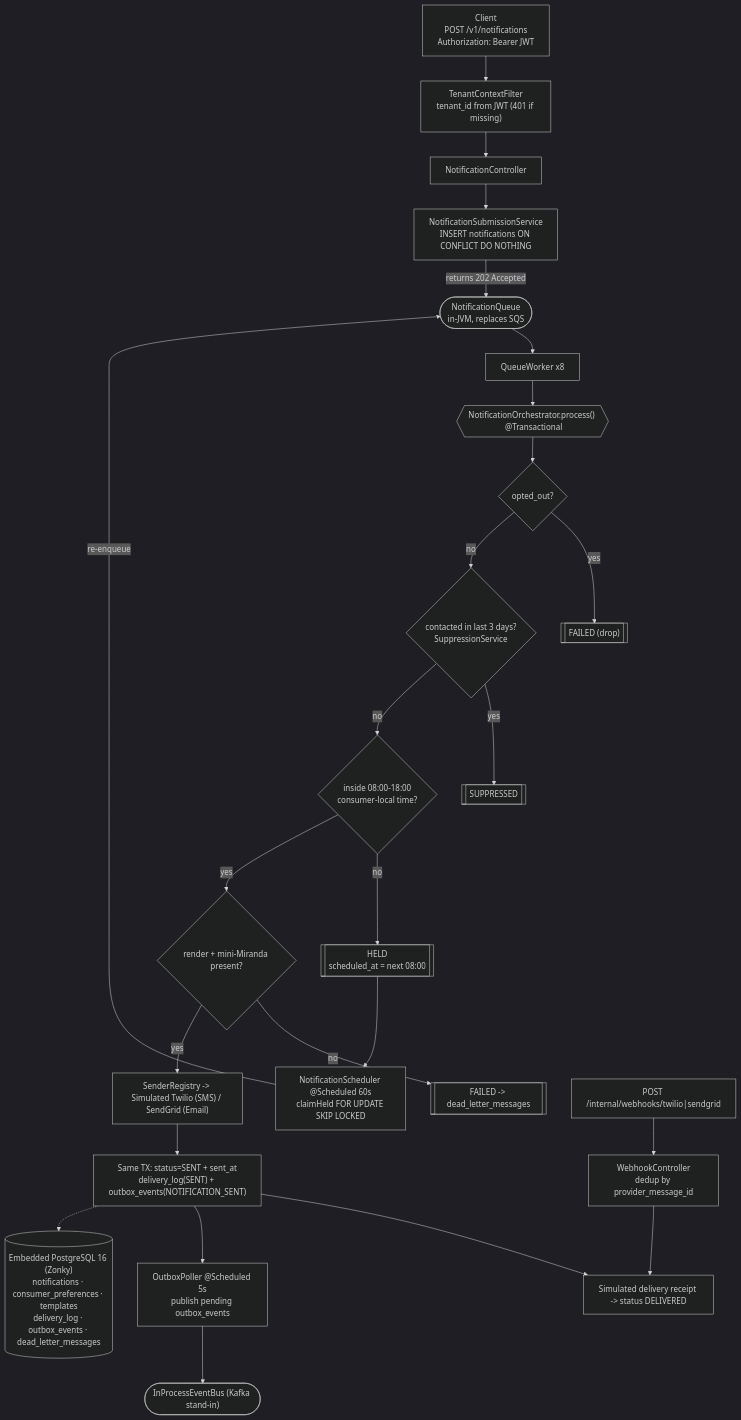
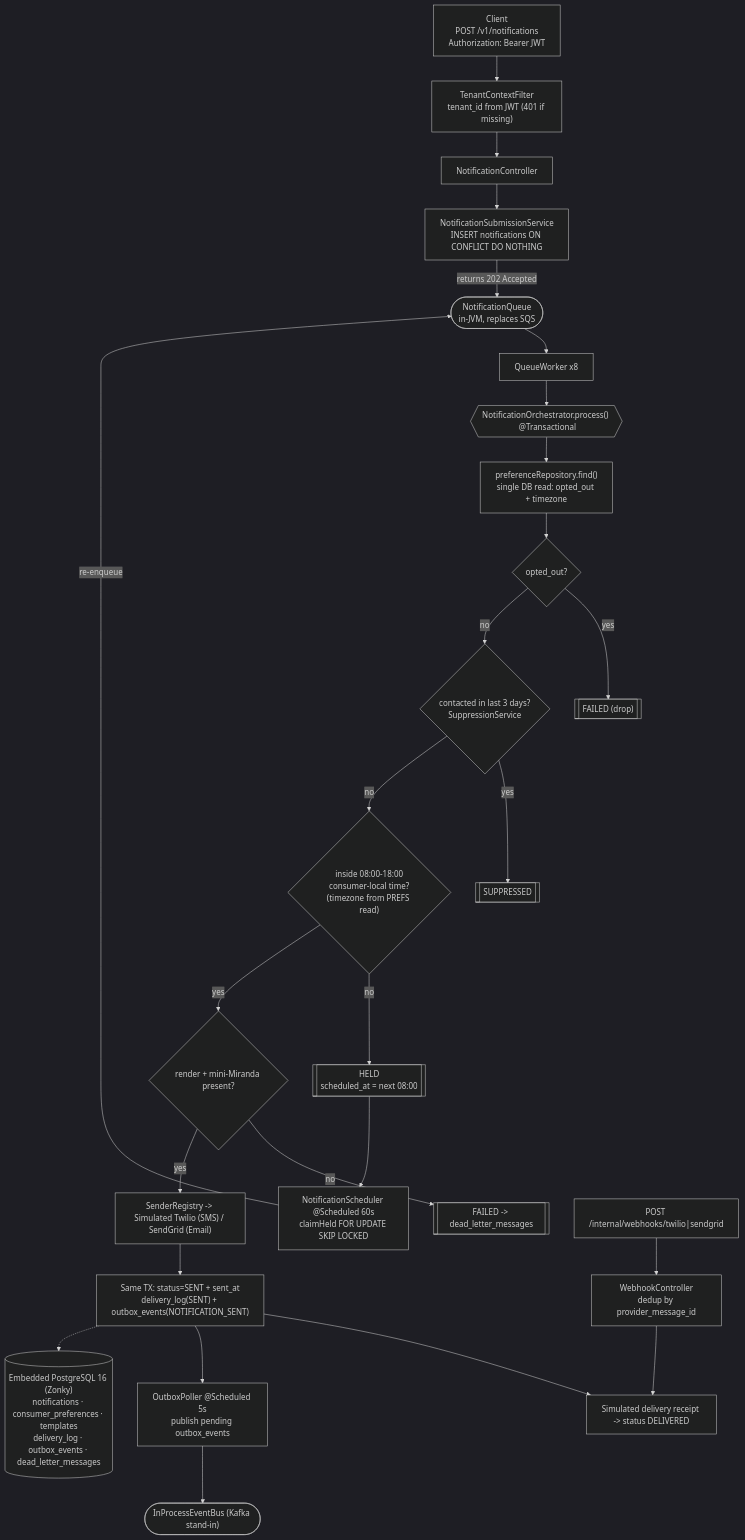
The diagram in docs/flow.md (amitsehgal86-hash/notification-service), drawn with Mermaid (dark theme) before and after one commit. The commit also changed 1 other file, not shown here.

Commit message:
fix: correct pipeline Step 3 label — timezone comes from Step 1 DB read
The FDCPA window check uses prefs.timezone() from the consumer_preferences
row fetched in Step 1, not a separate DB query. Dashboard card and flow
diagram now reflect this accurately.

````diff
--- a/docs/flow.md
+++ b/docs/flow.md
@@ -5,40 +5,42 @@
 ```mermaid
 flowchart TD
   %% ---------- Ingress (synchronous) ----------
   C["Client<br/>POST /v1/notifications<br/>Authorization: Bearer JWT"]
   F["TenantContextFilter<br/>tenant_id from JWT (401 if missing)"]
   CT["NotificationController"]
   SUB["NotificationSubmissionService<br/>INSERT notifications ON CONFLICT DO NOTHING"]
   Q(["NotificationQueue<br/>in-JVM, replaces SQS"])
   C --> F --> CT --> SUB -->|"returns 202 Accepted"| Q
 
   %% ---------- Async processing ----------
   Q --> W["QueueWorker x8"]
   W --> O{{"NotificationOrchestrator.process()  @Transactional"}}
 
   %% ---------- Compliance gate ladder ----------
-  O --> G1{"opted_out?"}
+  O --> PREFS["preferenceRepository.find()<br/>single DB read: opted_out + timezone"]
+  PREFS --> G1{"opted_out?"}
   G1 -->|yes| FAIL1[["FAILED (drop)"]]
   G1 -->|no| G2{"contacted in last 3 days?<br/>SuppressionService"}
   G2 -->|yes| SUP[["SUPPRESSED"]]
-  G2 -->|no| G3{"inside 08:00-18:00<br/>consumer-local time?"}
+  G2 -->|no| G3{"inside 08:00-18:00<br/>consumer-local time?<br/>(timezone from PREFS read)"}
+
   G3 -->|no| HELD[["HELD<br/>scheduled_at = next 08:00"]]
   G3 -->|yes| G4{"render + mini-Miranda present?"}
   G4 -->|no| FAIL2[["FAILED -> dead_letter_messages"]]
   G4 -->|yes| SEND["SenderRegistry -> Simulated Twilio (SMS) / SendGrid (Email)"]
 
   %% ---------- Commit + receipt ----------
   SEND --> PERSIST["Same TX: status=SENT + sent_at<br/>delivery_log(SENT) + outbox_events(NOTIFICATION_SENT)"]
   PERSIST --> RCPT["Simulated delivery receipt -> status DELIVERED"]
 
   %% ---------- Background processes ----------
   HELD --> SCHED["NotificationScheduler @Scheduled 60s<br/>claimHeld FOR UPDATE SKIP LOCKED"]
   SCHED -->|re-enqueue| Q
   PERSIST --> POLL["OutboxPoller @Scheduled 5s<br/>publish pending outbox_events"]
   POLL --> BUS(["InProcessEventBus (Kafka stand-in)"])
   WH["POST /internal/webhooks/twilio|sendgrid"] --> WHC["WebhookController<br/>dedup by provider_message_id"]
   WHC --> RCPT
 
   %% ---------- Persistence ----------
   PERSIST -.-> DB[("Embedded PostgreSQL 16 (Zonky)<br/>notifications · consumer_preferences · templates<br/>delivery_log · outbox_events · dead_letter_messages")]
 ```
````
